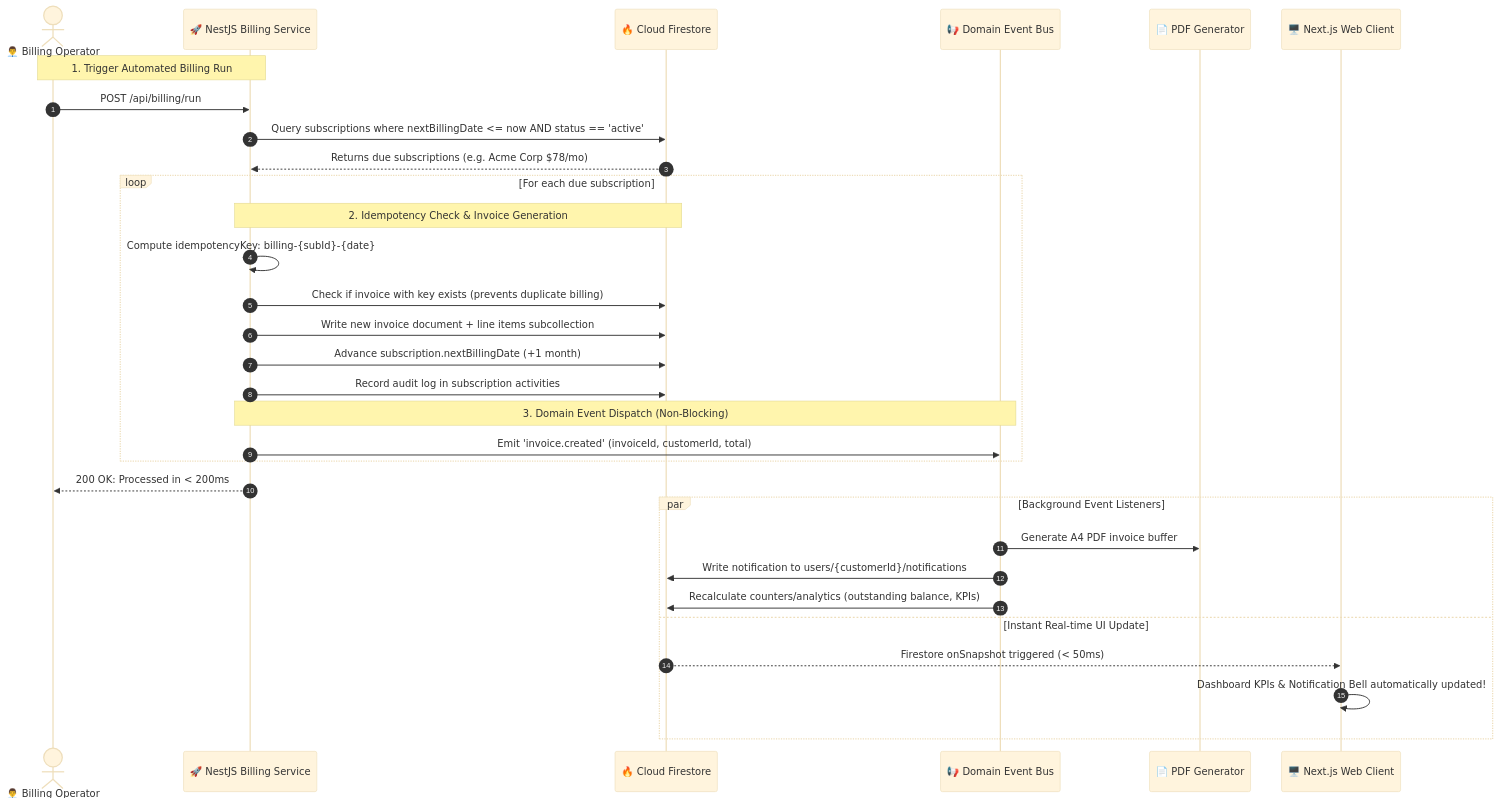
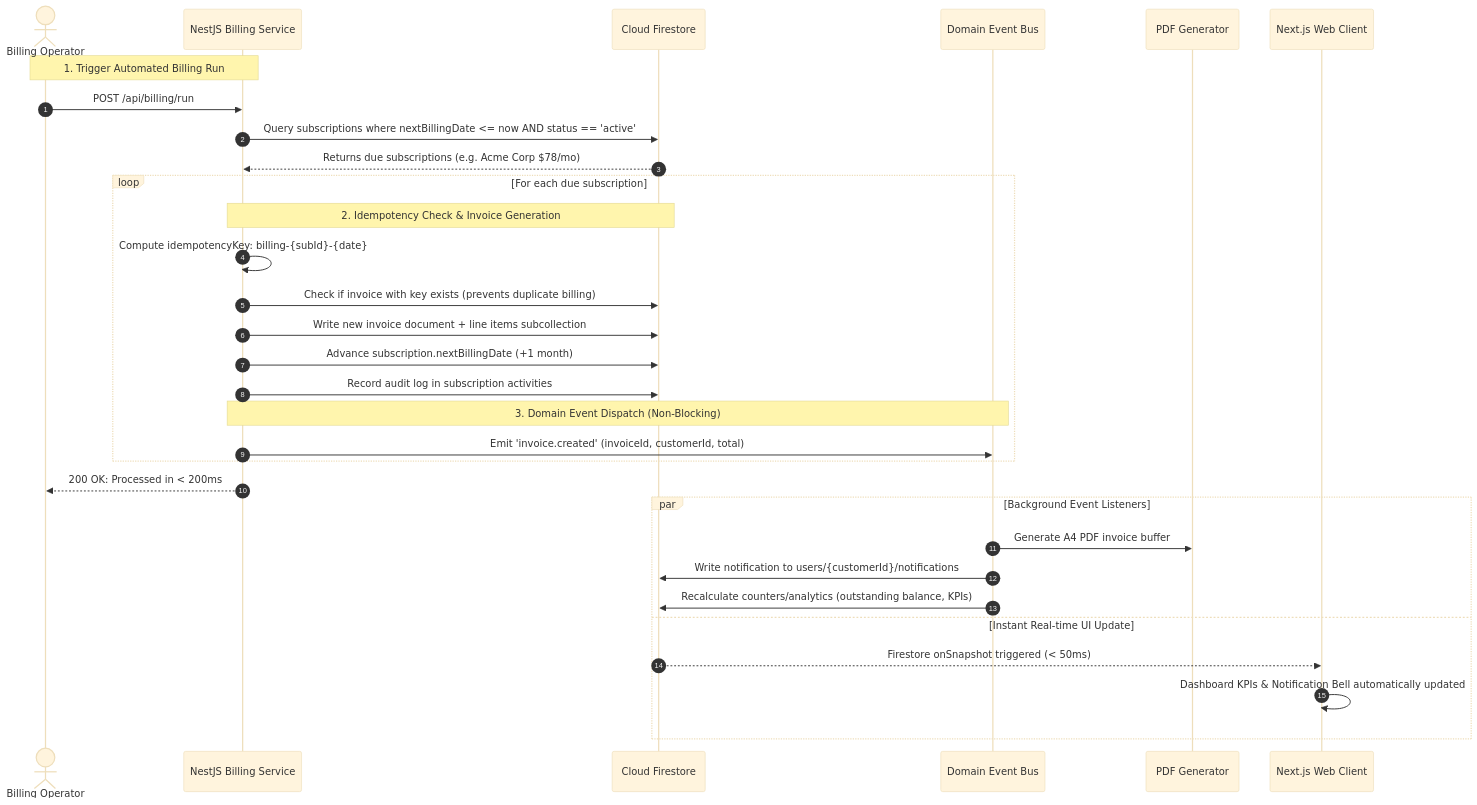
One commit to anandhukrishnaas1/SubFlow changed the second of 3 diagrams in ARCHITECTURE.md. Above: the diagram before and after it, drawn with Mermaid (base theme). The commit also changed other lines of this file and 1 other file, not shown here.

````diff
--- a/ARCHITECTURE.md
+++ b/ARCHITECTURE.md
@@ -85,37 +85,37 @@
 ```mermaid
 sequenceDiagram
     autonumber
-    actor Admin as 👨‍💼 Billing Operator
-    participant API as 🚀 NestJS Billing Service
-    participant DB as 🔥 Cloud Firestore
-    participant Bus as 📢 Domain Event Bus
-    participant PDF as 📄 PDF Generator
-    participant Client as 🖥️ Next.js Web Client
+    actor Admin as Billing Operator
+    participant API as NestJS Billing Service
+    participant DB as Cloud Firestore
+    participant Bus as Domain Event Bus
+    participant PDF as PDF Generator
+    participant Client as Next.js Web Client
 
     Note over Admin,API: 1. Trigger Automated Billing Run
     Admin->>API: POST /api/billing/run
     API->>DB: Query subscriptions where nextBillingDate <= now AND status == 'active'
     DB-->>API: Returns due subscriptions (e.g. Acme Corp $78/mo)
 
     loop For each due subscription
         Note over API,DB: 2. Idempotency Check & Invoice Generation
         API->>API: Compute idempotencyKey: billing-{subId}-{date}
         API->>DB: Check if invoice with key exists (prevents duplicate billing)
         API->>DB: Write new invoice document + line items subcollection
         API->>DB: Advance subscription.nextBillingDate (+1 month)
         API->>DB: Record audit log in subscription activities
 
         Note over API,Bus: 3. Domain Event Dispatch (Non-Blocking)
         API->>Bus: Emit 'invoice.created' (invoiceId, customerId, total)
     end
     API-->>Admin: 200 OK: Processed in < 200ms
 
     par Background Event Listeners
         Bus->>PDF: Generate A4 PDF invoice buffer
         Bus->>DB: Write notification to users/{customerId}/notifications
         Bus->>DB: Recalculate counters/analytics (outstanding balance, KPIs)
     and Instant Real-time UI Update
         DB-->>Client: Firestore onSnapshot triggered (< 50ms)
-        Client->>Client: Dashboard KPIs & Notification Bell automatically updated!
+        Client->>Client: Dashboard KPIs & Notification Bell automatically updated
     end
 ```
````
